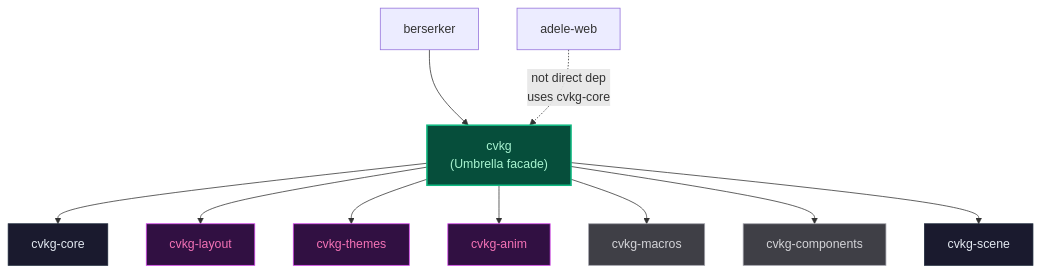
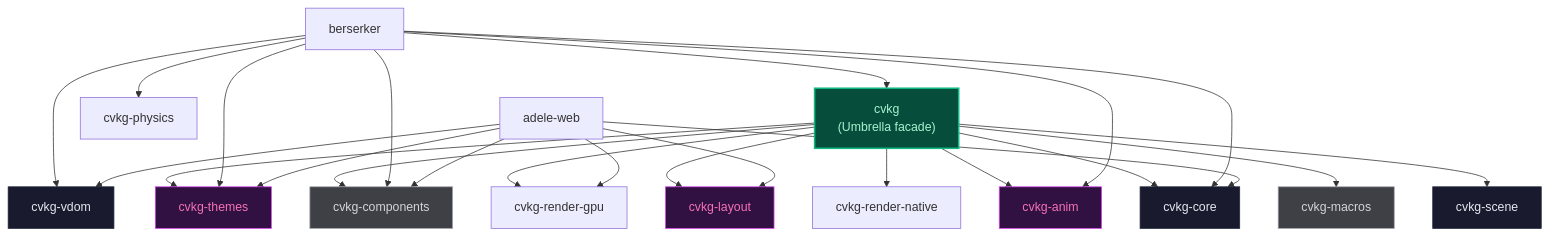
Before and after one commit to sydonayrex/cvkg: the diagram in cvkg/README.md, drawn with Mermaid.

Commit message:
chore: dependency graph updates

````diff
--- a/cvkg/README.md
+++ b/cvkg/README.md
@@ -15,22 +15,35 @@
 ```mermaid
 graph TD
     cvkg["cvkg<br/>(Umbrella facade)"]
     cvkg --> cvkg-core
+    cvkg --> cvkg-scene
     cvkg --> cvkg-layout
     cvkg --> cvkg-themes
     cvkg --> cvkg-anim
     cvkg --> cvkg-macros
     cvkg --> cvkg-components
-    cvkg --> cvkg-scene
+    cvkg --> cvkg-render-gpu
+    cvkg --> cvkg-render-native
     berserker --> cvkg
-    adele-web -.->|not direct dep<br/>uses cvkg-core| cvkg
+    berserker --> cvkg-core
+    berserker --> cvkg-physics
+    berserker --> cvkg-anim
+    berserker --> cvkg-components
+    berserker --> cvkg-themes
+    berserker --> cvkg-vdom
+    adele-web --> cvkg-core
+    adele-web --> cvkg-render-gpu
+    adele-web --> cvkg-components
+    adele-web --> cvkg-themes
+    adele-web --> cvkg-vdom
+    adele-web --> cvkg-layout
 
     classDef entry fill:#064e3b,stroke:#10b981,color:#a7f3d0,stroke-width:2px
     classDef core fill:#1a1a2e,stroke:#1e293b,color:#e2e8f0,stroke-width:1px
     classDef ui fill:#311042,stroke:#d946ef,color:#f472b6,stroke-width:1px
     classDef meta fill:#3f3f46,stroke:#a1a1aa,color:#d4d4d8,stroke-width:1px
     class cvkg entry
-    class cvkg-core,cvkg-scene core
+    class cvkg-core,cvkg-scene,cvkg-vdom core
     class cvkg-layout,cvkg-themes,cvkg-anim ui
     class cvkg-macros,cvkg-components meta
 ```
````
